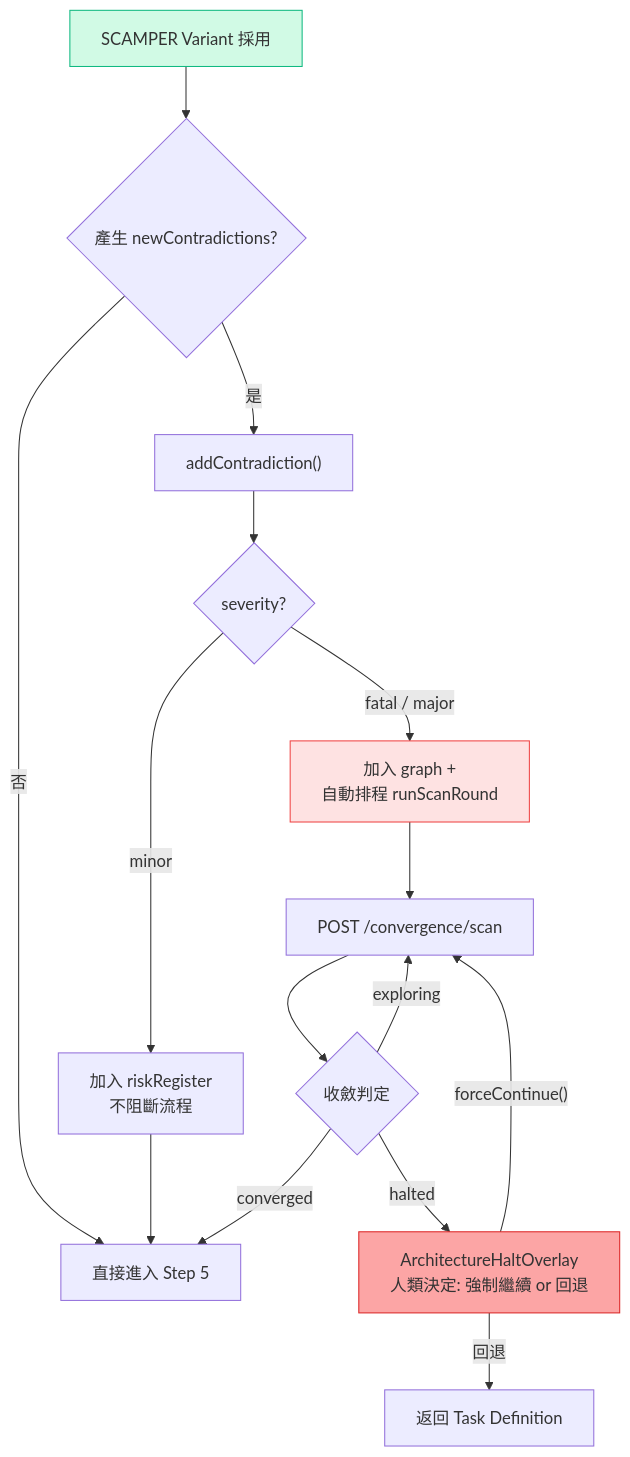
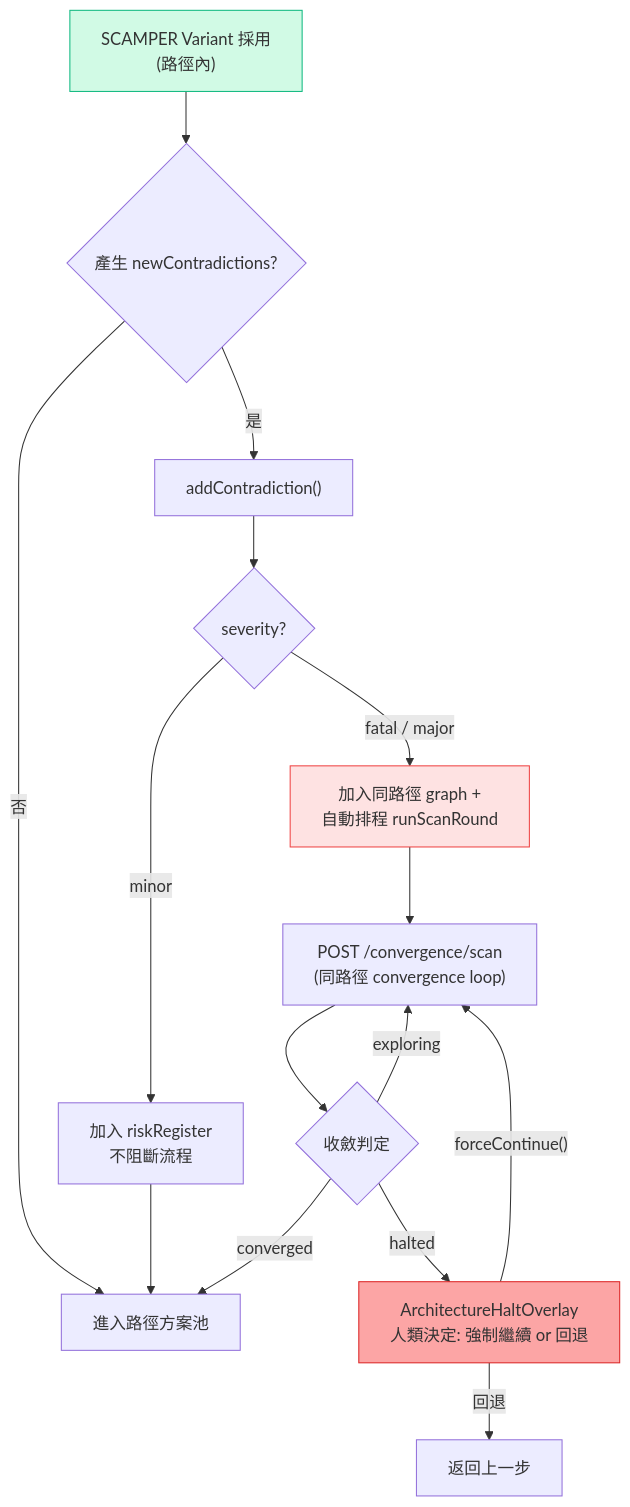
The fifth of 5 diagrams in docs/diagrams/triz-to-scamper-flow.md (JIA-HONG-CHU/design-copilot-blueprint), drawn with Mermaid before and after one commit. The commit also changed other lines of this file and 1 other file, not shown here.

First line of the commit message:
docs: v6 dual-track independent analysis + decision hub architecture

````diff
--- a/docs/diagrams/triz-to-scamper-flow.md
+++ b/docs/diagrams/triz-to-scamper-flow.md
@@ -294,21 +241,21 @@
 ```mermaid
 flowchart TB
-    A["SCAMPER Variant 採用"] --> B{"產生 newContradictions?"}
-    B -->|"否"| C["直接進入 Step 5"]
+    A["SCAMPER Variant 採用<br/>(路徑內)"] --> B{"產生 newContradictions?"}
+    B -->|"否"| C["進入路徑方案池"]
     B -->|"是"| D["addContradiction()"]
     D --> E{"severity?"}
     E -->|"minor"| F["加入 riskRegister<br/>不阻斷流程"]
     F --> C
-    E -->|"fatal / major"| G["加入 graph +<br/>自動排程 runScanRound"]
-    G --> H["POST /convergence/scan"]
+    E -->|"fatal / major"| G["加入同路徑 graph +<br/>自動排程 runScanRound"]
+    G --> H["POST /convergence/scan<br/>(同路徑 convergence loop)"]
     H --> I{"收斂判定"}
     I -->|"converged"| C
     I -->|"exploring"| H
     I -->|"halted"| J["ArchitectureHaltOverlay<br/>人類決定: 強制繼續 or 回退"]
     J -->|"forceContinue()"| H
-    J -->|"回退"| K["返回 Task Definition"]
+    J -->|"回退"| K["返回上一步"]
 
     style A fill:#D1FAE5,stroke:#10B981
     style G fill:#FEE2E2,stroke:#EF4444
     style J fill:#FCA5A5,stroke:#DC2626
 ```
````
